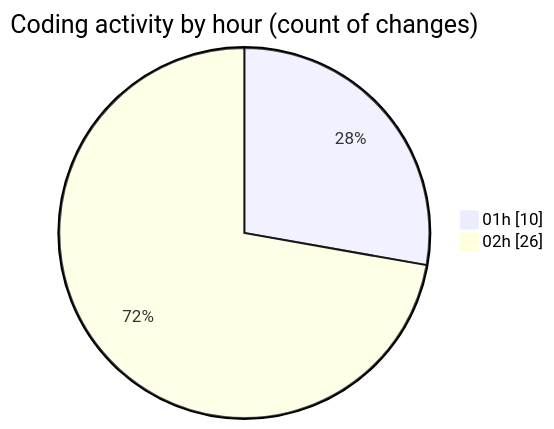
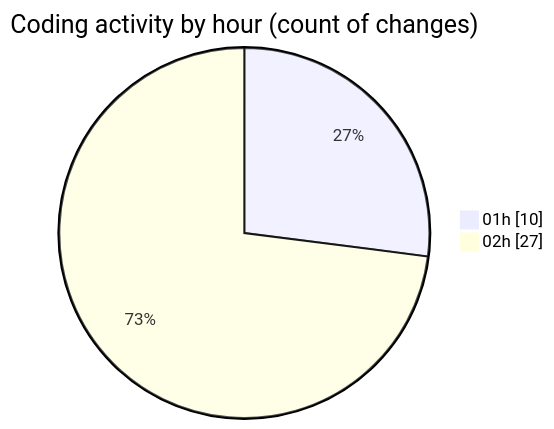
Before and after one commit to julien-gomy/code-tracking: the second of 2 diagrams in 2025-11-21/eventscop-frontend-guide__workspace_/README.md, drawn with Mermaid. The commit also changed other lines of this file and 1 other file, not shown here.

````diff
--- a/2025-11-21/eventscop-frontend-guide__workspace_/README.md
+++ b/2025-11-21/eventscop-frontend-guide__workspace_/README.md
@@ -48,6 +48,6 @@
 ```mermaid
 pie showData
 title Coding activity by hour (count of changes)
 "01h" : 10
-"02h" : 26
+"02h" : 27
 ```
````
